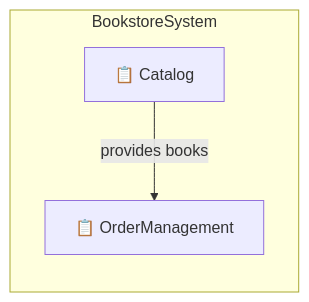
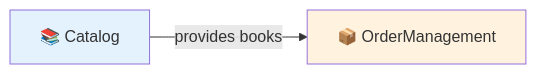
Before and after one commit to larsbaunwall/DomainLang: the second of 4 diagrams in dsl/domain-lang/docs/getting-started.md, drawn with Mermaid. The commit also changed other lines of this file, not shown here.

First line of the commit message:
docs: enhance getting-started with diagrams and celebratory language

````diff
--- a/dsl/domain-lang/docs/getting-started.md
+++ b/dsl/domain-lang/docs/getting-started.md
@@ -268,6 +226,7 @@
 ```mermaid
 graph LR
-    subgraph BookstoreSystem
-        A["📋 Catalog"] -->|"provides books"| B["📋 OrderManagement"]
-    end
+    C["📚 Catalog"] -->|"provides books"| O["📦 OrderManagement"]
+    
+    style C fill:#e3f2fd
+    style O fill:#fff3e0
 ```
````
